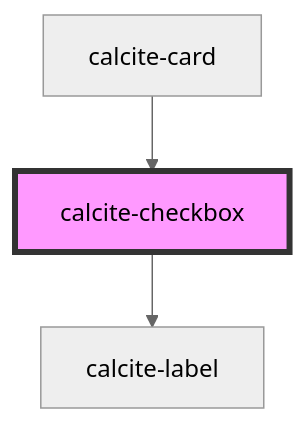
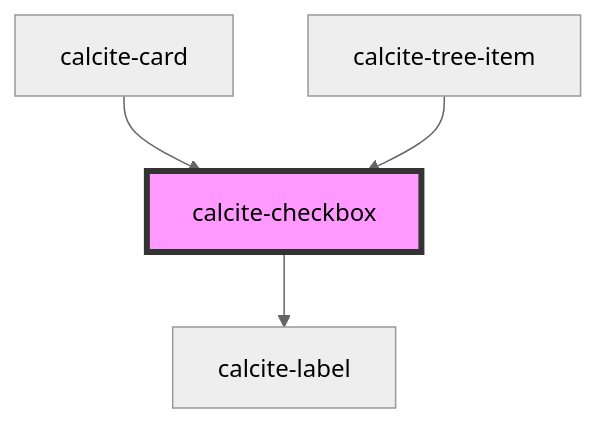
One commit to vikivakarvc/calcite-design-system changed the diagram in src/components/calcite-checkbox/readme.md. Above: the diagram before and after it, drawn with Mermaid (neutral theme). The commit also changed other lines of this file and 36 other files, not shown here.

````diff
--- a/src/components/calcite-checkbox/readme.md
+++ b/src/components/calcite-checkbox/readme.md
@@ -45,6 +46,7 @@
 ```mermaid
 graph TD;
   calcite-checkbox --> calcite-label
   calcite-card --> calcite-checkbox
+  calcite-tree-item --> calcite-checkbox
   style calcite-checkbox fill:#f9f,stroke:#333,stroke-width:4px
 ```
````
